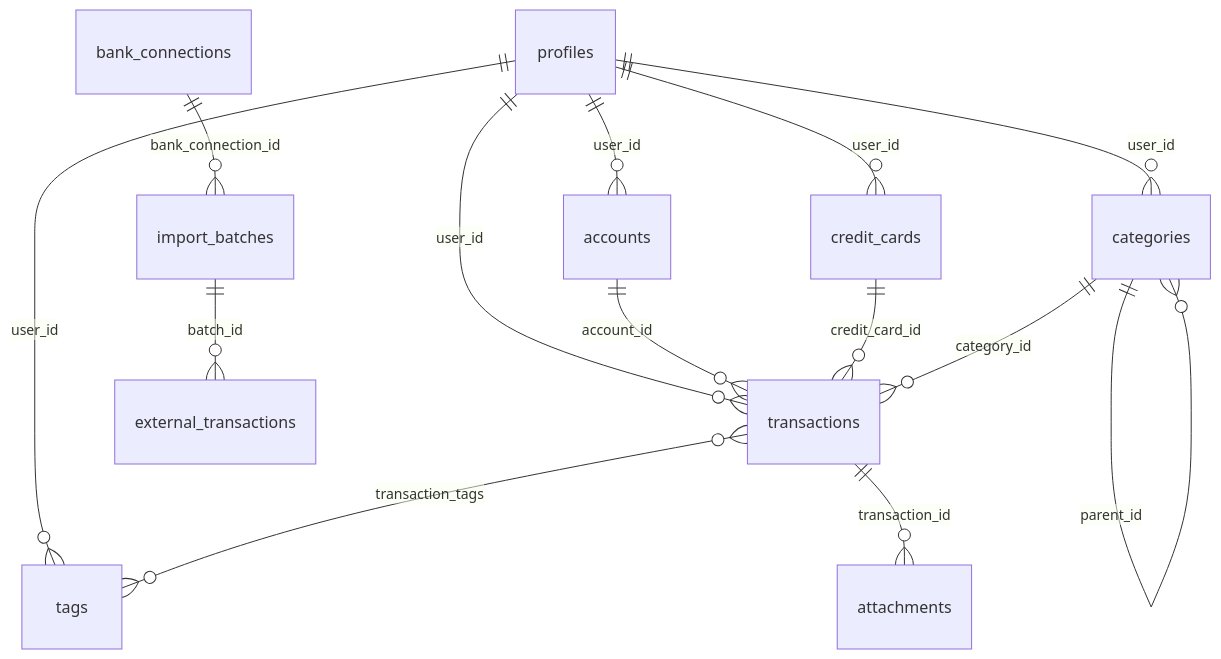
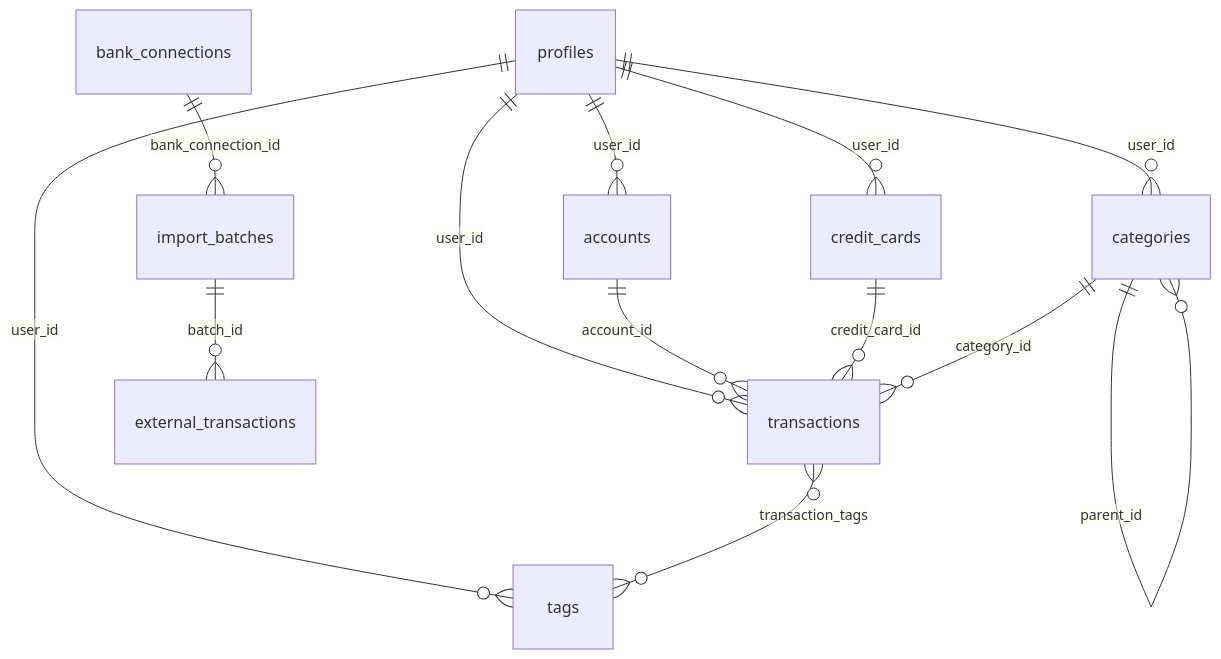
One commit to eduardo-nicola/open-ledger changed the diagram in docs/data-model.md. Above: the diagram before and after it, drawn with Mermaid. The commit also changed other lines of this file and 3 other files, not shown here.

````diff
--- a/docs/data-model.md
+++ b/docs/data-model.md
@@ -15,16 +14,15 @@
 ```mermaid
 erDiagram
   profiles ||--o{ accounts : user_id
   profiles ||--o{ credit_cards : user_id
   profiles ||--o{ categories : user_id
   profiles ||--o{ tags : user_id
   profiles ||--o{ transactions : user_id
   accounts ||--o{ transactions : account_id
   credit_cards ||--o{ transactions : credit_card_id
   categories ||--o{ categories : parent_id
   categories ||--o{ transactions : category_id
   transactions }o--o{ tags : transaction_tags
-  transactions ||--o{ attachments : transaction_id
   bank_connections ||--o{ import_batches : bank_connection_id
   import_batches ||--o{ external_transactions : batch_id
 ```
````
